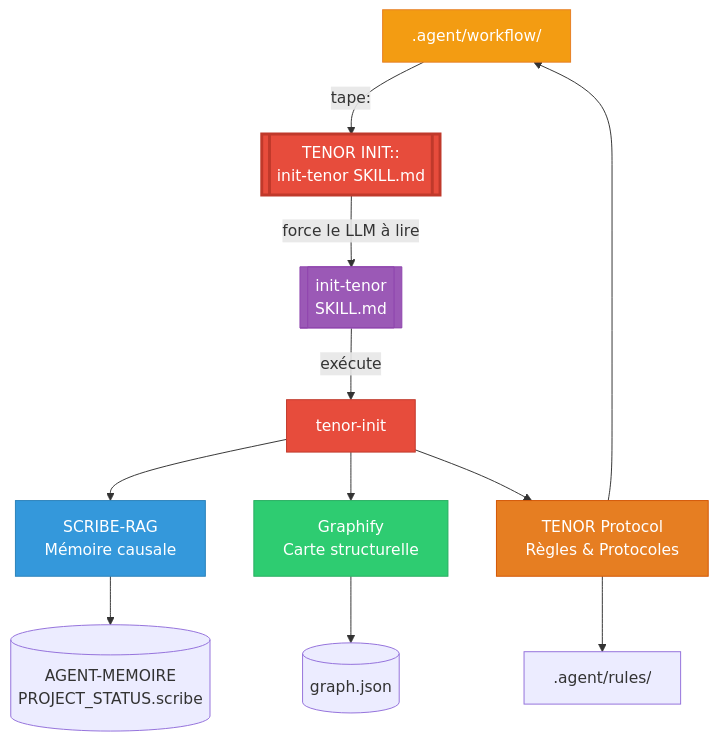
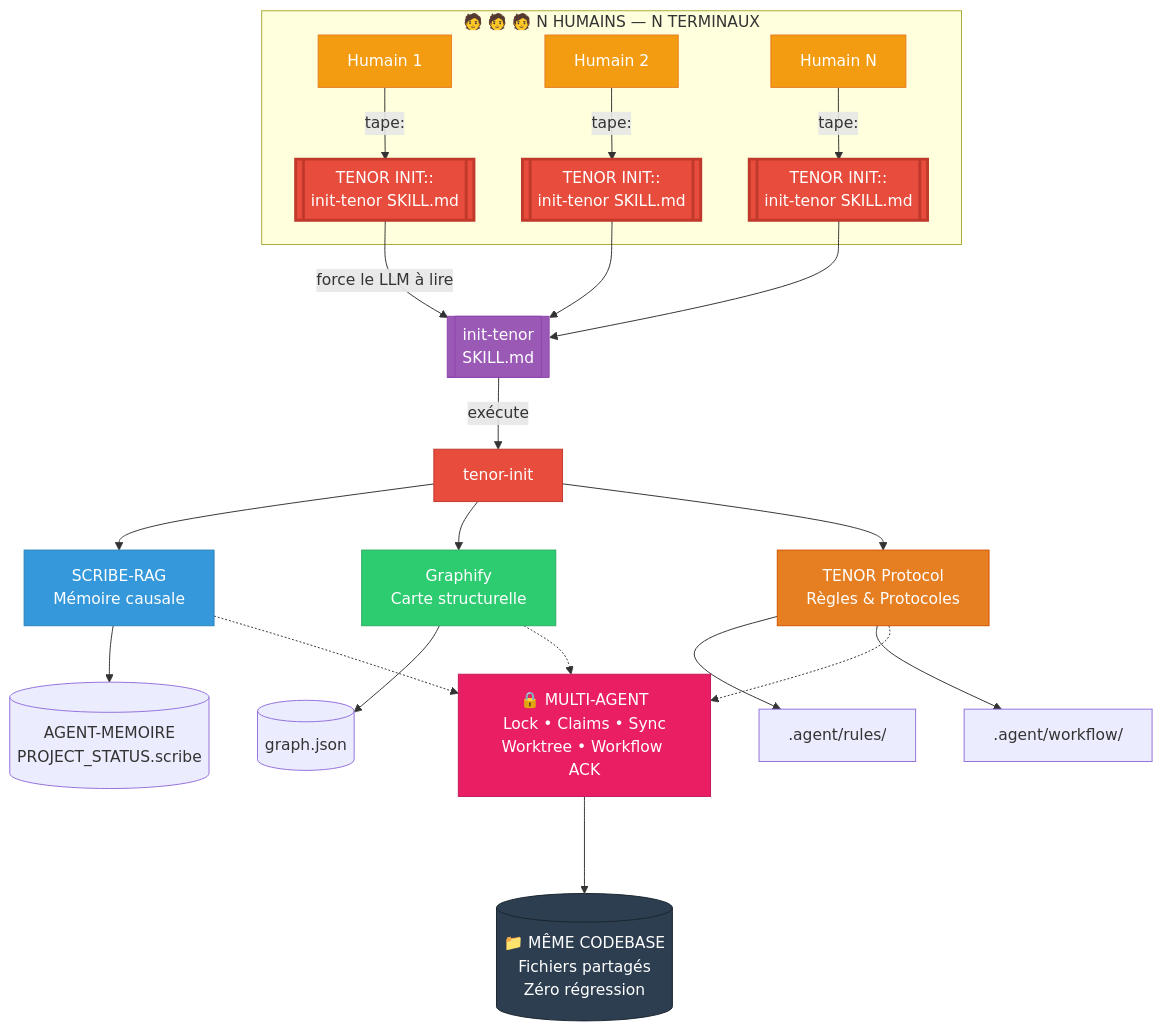
The diagram in README.md (jackjosias/agent-scribe-graphify), drawn with Mermaid before and after one commit.

Commit message:
docs(readme): update architecture diagram with multi-agent (N humans, lock/claims/sync)

````diff
--- a/README.md
+++ b/README.md
@@ -58,23 +58,43 @@
 ```mermaid
 graph TD
-    H[🧑 Humain] -->|tape:| I[[TENOR INIT::<br/>init-tenor SKILL.md]]
-    I -->|force le LLM à lire| T[[init-tenor<br/>SKILL.md]]
+    subgraph MULTI[🧑 🧑 🧑 N HUMAINS — N TERMINAUX]
+        H1[Humain 1] -->|tape:| I1[[TENOR INIT::<br/>init-tenor SKILL.md]]
+        H2[Humain 2] -->|tape:| I2[[TENOR INIT::<br/>init-tenor SKILL.md]]
+        H3[Humain N] -->|tape:| I3[[TENOR INIT::<br/>init-tenor SKILL.md]]
+    end
+
+    I1 -->|force le LLM à lire| T[[init-tenor<br/>SKILL.md]]
+    I2 --> T
+    I3 --> T
+
     T -->|exécute| TENOR[tenor-init]
 
     TENOR --> B[SCRIBE-RAG<br/>Mémoire causale]
     TENOR --> C[Graphify<br/>Carte structurelle]
     TENOR --> D[TENOR Protocol<br/>Règles & Protocoles]
 
     B --> E[(AGENT-MEMOIRE<br/>PROJECT_STATUS.scribe)]
     C --> F[(graph.json)]
     D --> G[.agent/rules/]
     D --> H[.agent/workflow/]
 
-    style H fill:#f39c12,stroke:#e67e22,color:#fff
-    style I fill:#e74c3c,stroke:#c0392b,color:#fff,stroke-width:3px
+    B -.-> M[🔒 MULTI-AGENT<br/>Lock • Claims • Sync<br/>Worktree • Workflow ACK]
+    C -.-> M
+    D -.-> M
+
+    M ---> P[(📁 MÊME CODEBASE<br/>Fichiers partagés<br/>Zéro régression)]
+
+    style H1 fill:#f39c12,stroke:#e67e22,color:#fff
+    style H2 fill:#f39c12,stroke:#e67e22,color:#fff
+    style H3 fill:#f39c12,stroke:#e67e22,color:#fff
+    style I1 fill:#e74c3c,stroke:#c0392b,color:#fff,stroke-width:3px
+    style I2 fill:#e74c3c,stroke:#c0392b,color:#fff,stroke-width:3px
+    style I3 fill:#e74c3c,stroke:#c0392b,color:#fff,stroke-width:3px
     style T fill:#9b59b6,stroke:#8e44ad,color:#fff
     style TENOR fill:#e74c3c,stroke:#c0392b,color:#fff
     style B fill:#3498db,stroke:#2980b9,color:#fff
     style C fill:#2ecc71,stroke:#27ae60,color:#fff
     style D fill:#e67e22,stroke:#d35400,color:#fff
+    style M fill:#e91e63,stroke:#c2185b,color:#fff
+    style P fill:#2c3e50,stroke:#1a252f,color:#fff
 ```
````
